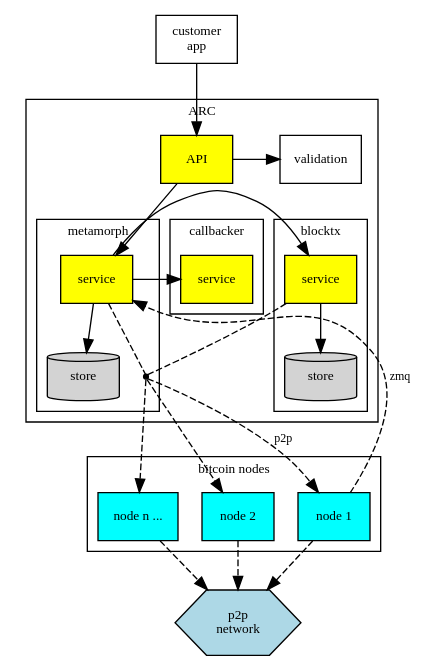
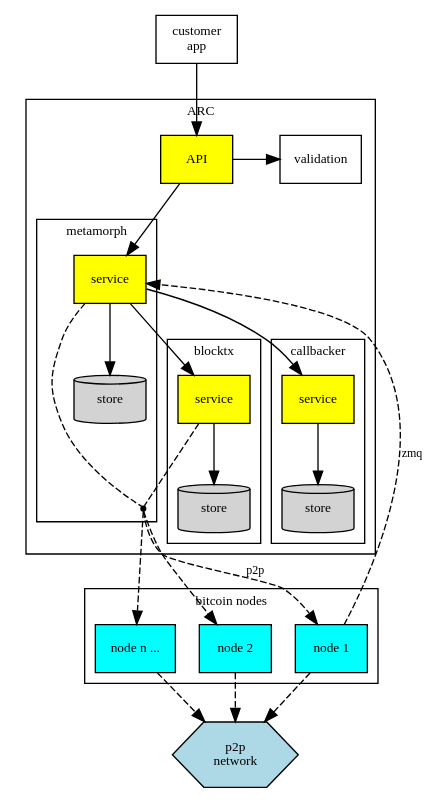
One commit to bitcoin-sv/arc changed the diagram in doc/building_block_diagram.puml. Above: the diagram before and after it, drawn with PlantUML. The commit also changed 1 other file, not shown here.

Commit message:
docs(BPAAS-1814): Update ARC block diagram

```diff
--- a/doc/building_block_diagram.puml
+++ b/doc/building_block_diagram.puml
@@ -1,69 +1,70 @@
 @startuml
 digraph arc {
   rankdir=TB;
   graph [fontsize=10 fontname="Verdana"];
   node [shape=record fontsize=10 fontname="Verdana"];
   edge [fontsize=9 fontname="Verdana"];
 
   customer_app [shape=rectangle, label="customer\n app"]
   customer_app -> api
 
   subgraph cluster_arc {
 		label = "ARC";
 		color=black;
 
     api [shape=rectangle, label="API", style=filled, fillcolor=yellow]
     validation [shape=rectangle, label="validation"]
     empty [width=0 height=0 label="" margin="0.5,0" color="white"]  // to adjust nodes to the left
 
-    api -> {validation metamorph }
+    api -> {validation mtm }
 
     { rank=same; api; validation; empty; }
-    { rank=same; metamorph; blocktx; callbacker; }
 
-    metamorph -> {blocktx [style="dashed", dir="both"] callbacker}
+    mtm -> {btx [style="dashed", dir="both"] cb}
 
     subgraph cluster_mtm {
       label = "metamorph";
-      metamorph [shape=rectangle, label="service", style=filled, fillcolor=yellow]
+      mtm [shape=rectangle, label="service", style=filled, fillcolor=yellow]
       metamorph_store [shape=cylinder, label="store", style=filled]
-      metamorph -> metamorph_store
-      metamorph -> node_connection [style="dashed", arrowhead=none]
+      mtm -> metamorph_store
+      mtm -> node_connection [style="dashed", arrowhead=none]
     }
 
     subgraph cluster_blocktx {
       label = "blocktx";
       blocktx_store [shape=cylinder, label="store", style=filled]
-      blocktx [shape=rectangle, label="service", style=filled, fillcolor=yellow]
-      blocktx -> blocktx_store
-      blocktx -> node_connection [style="dashed", arrowhead=none]
+      btx [shape=rectangle, label="service", style=filled, fillcolor=yellow]
+      btx -> blocktx_store
+      btx -> node_connection [style="dashed", arrowhead=none]
     }
 
     subgraph cluster_callbacker {
       label = "callbacker";
-      callbacker [shape=rectangle, label="service", style=filled, fillcolor=yellow]
+      callbacker_store [shape=cylinder, label="store", style=filled]
+      cb [shape=rectangle, label="service", style=filled, fillcolor=yellow]
+      cb -> callbacker_store
     }
 	}
 
   subgraph cluster_nodes {
     newrank=true;
     node_connection [ shape=point ];
     label = "bitcoin nodes"
 
     node_connection -> b_node_1 [style="dashed", label="p2p"]
     node_connection -> b_node_n [style="dashed"]
     node_connection -> b_node_2 [style="dashed"]
 
-    b_node_1 -> metamorph [style="dashed", label="zmq"]
+    b_node_1 -> mtm [style="dashed", label="zmq"]
     b_node_1 [shape=rectangle, label="node 1", style=filled, fillcolor=cyan]
     b_node_2 [shape=rectangle, label="node 2", style=filled, fillcolor=cyan]
     b_node_n [shape=rectangle, label="node n ...", style=filled, fillcolor=cyan]
   }
 
   b_node_1 -> p2p_network [style="dashed"]
   b_node_2 -> p2p_network [style="dashed"]
   b_node_n -> p2p_network [style="dashed"]
 
   p2p_network [shape=hexagon, label="p2p\n network", style=filled, fillcolor=lightblue]
 }
 @enduml
```
